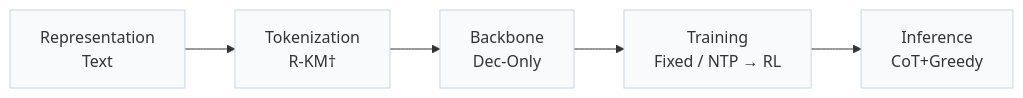
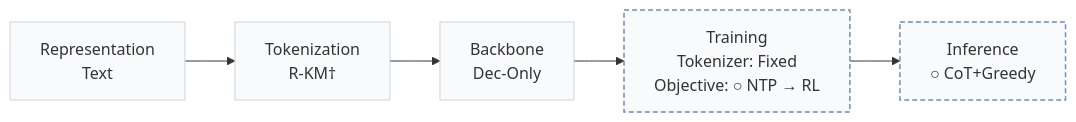
One commit to Galaxy-ghost/Awesome-SID-Generative-Rec changed the first of 2 diagrams in pages/papers/rerankid.md. Above: the diagram before and after it, drawn with Mermaid. The commit also changed other lines of this file and 558 other files, not shown here.

````diff
--- a/pages/papers/rerankid.md
+++ b/pages/papers/rerankid.md
@@ -15,6 +19,8 @@
 ```mermaid
 flowchart LR
-    R["Representation<br/>Text"] --> T["Tokenization<br/>R-KM†"] --> B["Backbone<br/>Dec-Only"] --> TR["Training<br/>Fixed / NTP → RL"] --> I["Inference<br/>CoT+Greedy"]
+    R["Representation<br/>Text"] --> T["Tokenization<br/>R-KM†"] --> B["Backbone<br/>Dec-Only"] --> TR["Training<br/>Tokenizer: Fixed<br/>Objective: ○ NTP → RL"] --> I["Inference<br/>○ CoT+Greedy"]
     classDef base fill:#f8fafc,stroke:#cbd5e1
     class R,T,B,TR,I base
+    classDef other fill:#f8fafc,stroke:#6b8fc7,stroke-width:1.5px,stroke-dasharray:5 3
+    class TR,I other
 ```
````
